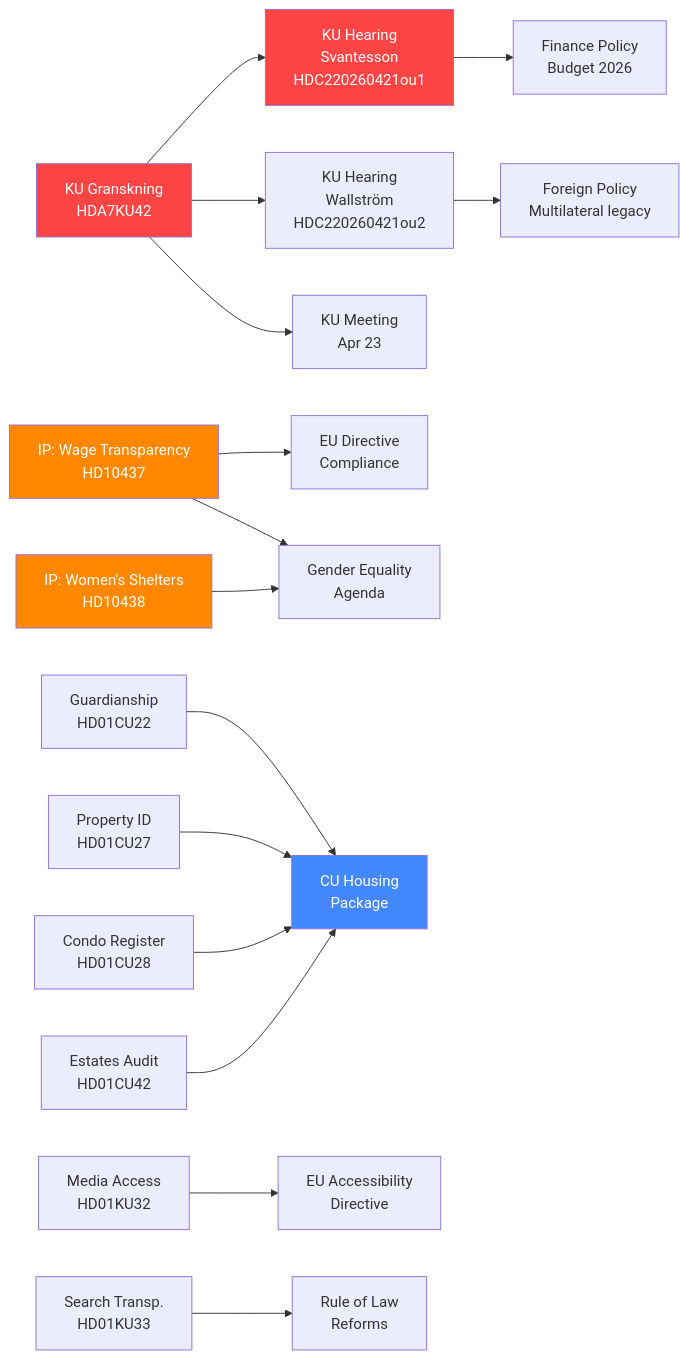
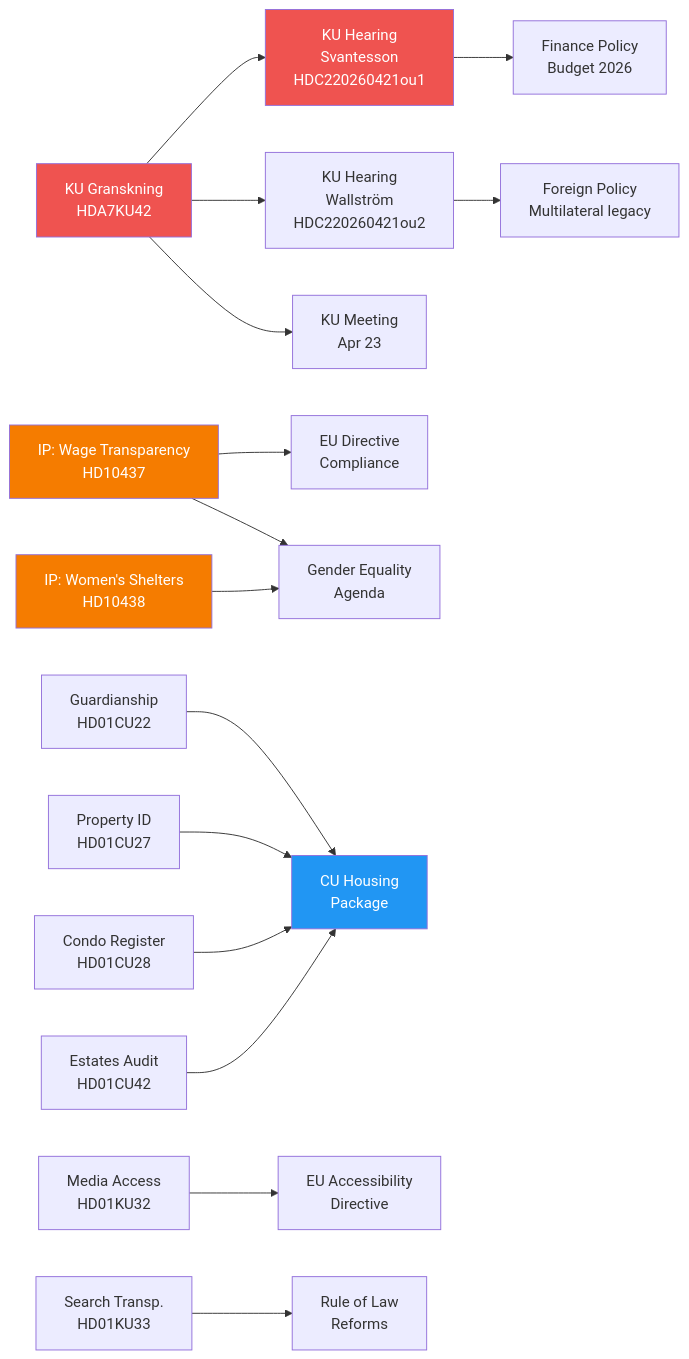
Before and after one commit to Hack23/riksdagsmonitor: the diagram in analysis/daily/2026-04-17/week-ahead/cross-reference-map.md, drawn with Mermaid. The commit also changed 785 other files, not shown here.

First line of the commit message:
Normalize mermaid colors across 786 analysis artifacts to ISMS Style Guide palette

````diff
--- a/analysis/daily/2026-04-17/week-ahead/cross-reference-map.md
+++ b/analysis/daily/2026-04-17/week-ahead/cross-reference-map.md
@@ -10,27 +10,27 @@
 ```mermaid
 graph LR
     KUG[KU Granskning<br/>HDA7KU42] --> KUES[KU Hearing<br/>Svantesson<br/>HDC220260421ou1]
     KUG --> KUEW[KU Hearing<br/>Wallström<br/>HDC220260421ou2]
     KUG --> KU23[KU Meeting<br/>Apr 23]
     
     KUES --> FIN[Finance Policy<br/>Budget 2026]
     KUEW --> FP[Foreign Policy<br/>Multilateral legacy]
     
     IP437[IP: Wage Transparency<br/>HD10437] --> ED[EU Directive<br/>Compliance]
     IP438[IP: Women's Shelters<br/>HD10438] --> GE[Gender Equality<br/>Agenda]
     IP437 --> GE
     
     CU22[Guardianship<br/>HD01CU22] --> CU[CU Housing<br/>Package]
     CU27[Property ID<br/>HD01CU27] --> CU
     CU28[Condo Register<br/>HD01CU28] --> CU
     CU42[Estates Audit<br/>HD01CU42] --> CU
     
     KU32[Media Access<br/>HD01KU32] --> EU2[EU Accessibility<br/>Directive]
     KU33[Search Transp.<br/>HD01KU33] --> ROL[Rule of Law<br/>Reforms]
     
-    style KUG fill:#ff4444,color:#fff
-    style KUES fill:#ff4444,color:#fff
-    style IP438 fill:#ff8800,color:#fff
-    style IP437 fill:#ff8800,color:#fff
-    style CU fill:#4488ff,color:#fff
+    style KUG fill:#EF5350,color:#FFFFFF
+    style KUES fill:#EF5350,color:#FFFFFF
+    style IP438 fill:#F57C00,color:#FFFFFF
+    style IP437 fill:#F57C00,color:#FFFFFF
+    style CU fill:#2196F3,color:#FFFFFF
 ```
````
